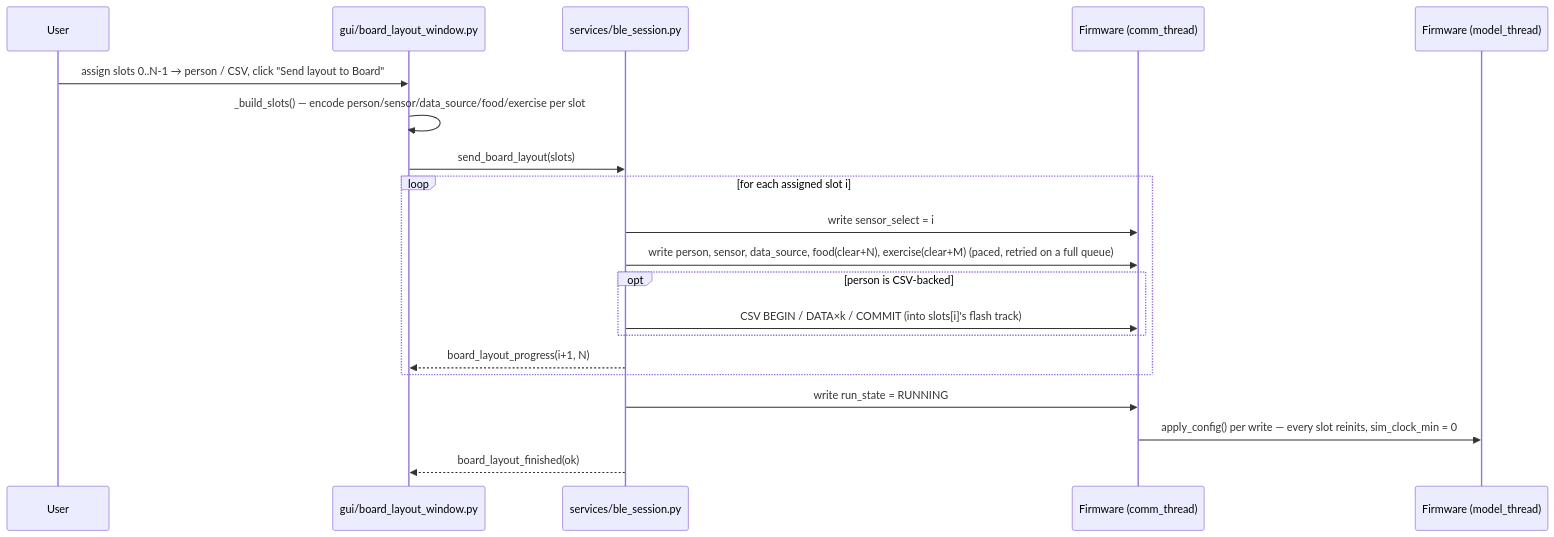
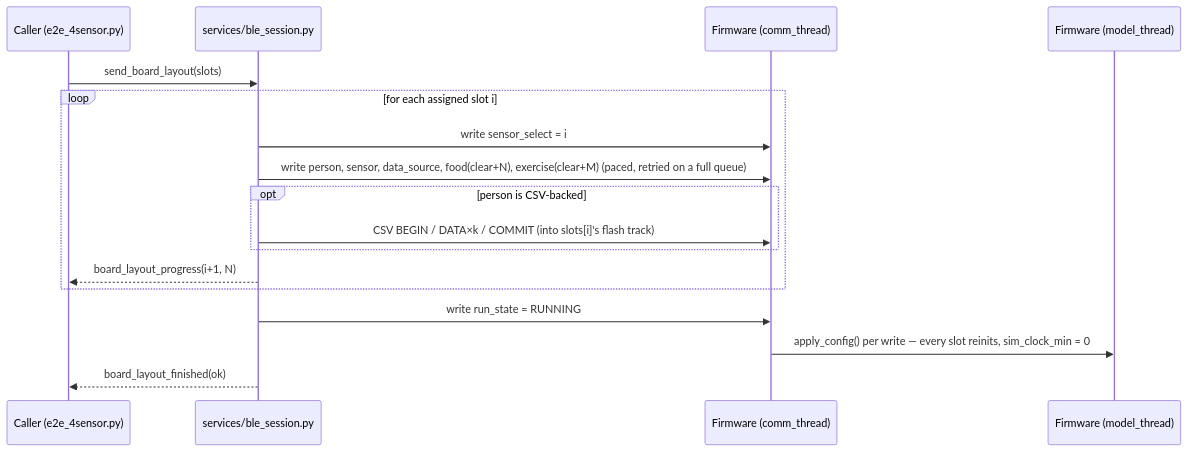
One commit to gomes717/SensorSimulator changed the fifth of 6 diagrams in docs/ARCHITECTURE.md. Above: the diagram before and after it, drawn with Mermaid. The commit also changed other lines of this file and 67 other files, not shown here.

First line of the commit message:
feat(gui): tabbed sensor UI, Start pushes the app profile to the board

````diff
--- a/docs/ARCHITECTURE.md
+++ b/docs/ARCHITECTURE.md
@@ -220,23 +241,20 @@
 ```mermaid
 sequenceDiagram
-    participant U as User
-    participant BLW as gui/board_layout_window.py
+    participant H as Caller (e2e_4sensor.py)
     participant BLE as services/ble_session.py
     participant FW as Firmware (comm_thread)
     participant Model as Firmware (model_thread)
 
-    U->>BLW: assign slots 0..N-1 → person / CSV, click "Send layout to Board"
-    BLW->>BLW: _build_slots() — encode person/sensor/data_source/food/exercise per slot
-    BLW->>BLE: send_board_layout(slots)
+    H->>BLE: send_board_layout(slots)
     loop for each assigned slot i
         BLE->>FW: write sensor_select = i
         BLE->>FW: write person, sensor, data_source, food(clear+N), exercise(clear+M)  (paced, retried on a full queue)
         opt person is CSV-backed
             BLE->>FW: CSV BEGIN / DATA×k / COMMIT  (into slots[i]'s flash track)
         end
-        BLE-->>BLW: board_layout_progress(i+1, N)
+        BLE-->>H: board_layout_progress(i+1, N)
     end
     BLE->>FW: write run_state = RUNNING
     FW->>Model: apply_config() per write — every slot reinits, sim_clock_min = 0
-    BLE-->>BLW: board_layout_finished(ok)
+    BLE-->>H: board_layout_finished(ok)
 ```
````
